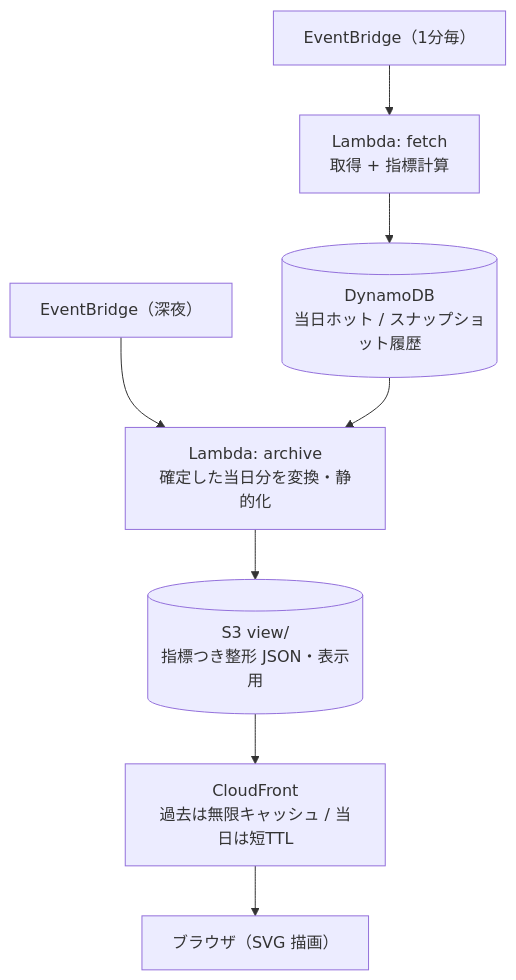
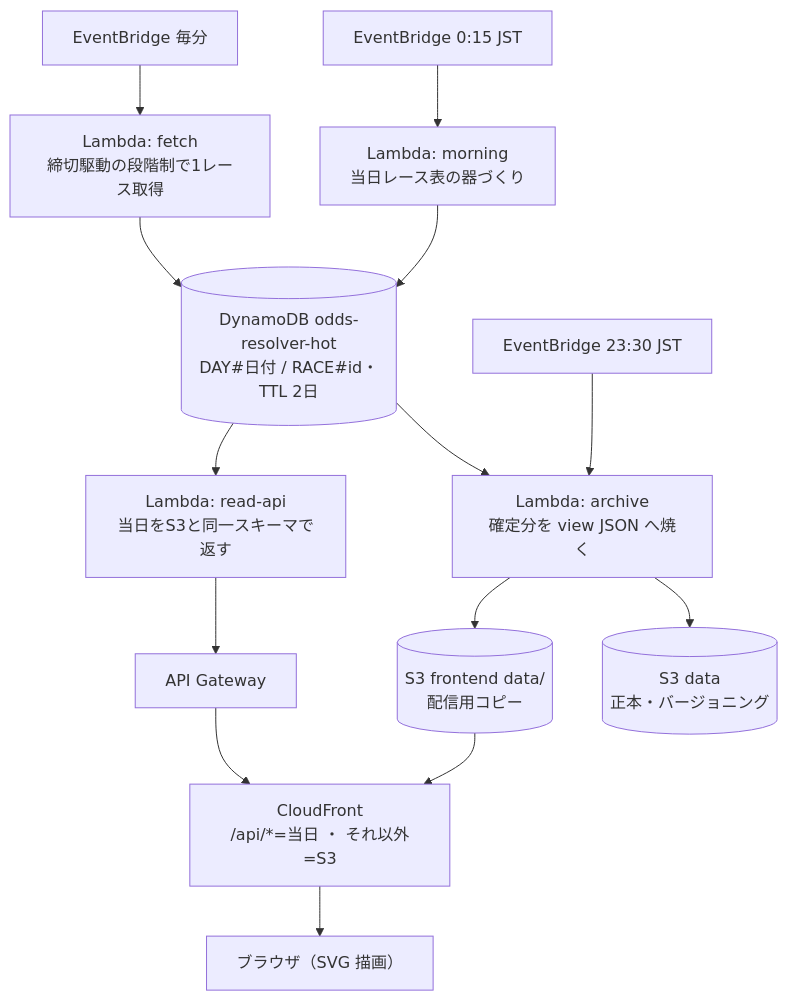
One commit to hakusoft/odds-resolver changed the diagram in README.md. Above: the diagram before and after it, drawn with Mermaid. The commit also changed other lines of this file, not shown here.

````diff
--- a/README.md
+++ b/README.md
@@ -62,10 +35,15 @@
 ```mermaid
 flowchart TB
-  EB["EventBridge（1分毎）"] --> FETCH["Lambda: fetch<br>取得 + 指標計算"]
-  FETCH --> DDB[("DynamoDB<br>当日ホット / スナップショット履歴")]
-  EBN["EventBridge（深夜）"] --> ARC["Lambda: archive<br>確定した当日分を変換・静的化"]
+  EBM["EventBridge 0:15 JST"] --> MORN["Lambda: morning<br>当日レース表の器づくり"]
+  EBF["EventBridge 毎分"] --> FETCH["Lambda: fetch<br>締切駆動の段階制で1レース取得"]
+  MORN --> DDB[("DynamoDB odds-resolver-hot<br>DAY#日付 / RACE#id・TTL 2日")]
+  FETCH --> DDB
+  EBA["EventBridge 23:30 JST"] --> ARC["Lambda: archive<br>確定分を view JSON へ焼く"]
   DDB --> ARC
-  ARC --> VIEW[("S3 view/<br>指標つき整形 JSON・表示用")]
-  VIEW --> CF["CloudFront<br>過去は無限キャッシュ / 当日は短TTL"]
+  DDB --> API["Lambda: read-api<br>当日をS3と同一スキーマで返す"]
+  ARC --> DATA[("S3 data<br>正本・バージョニング")]
+  ARC --> VIEW[("S3 frontend data/<br>配信用コピー")]
+  API --> GW["API Gateway"] --> CF["CloudFront<br>/api/*=当日 ・ それ以外=S3"]
+  VIEW --> CF
   CF --> BR["ブラウザ（SVG 描画）"]
 ```
````
